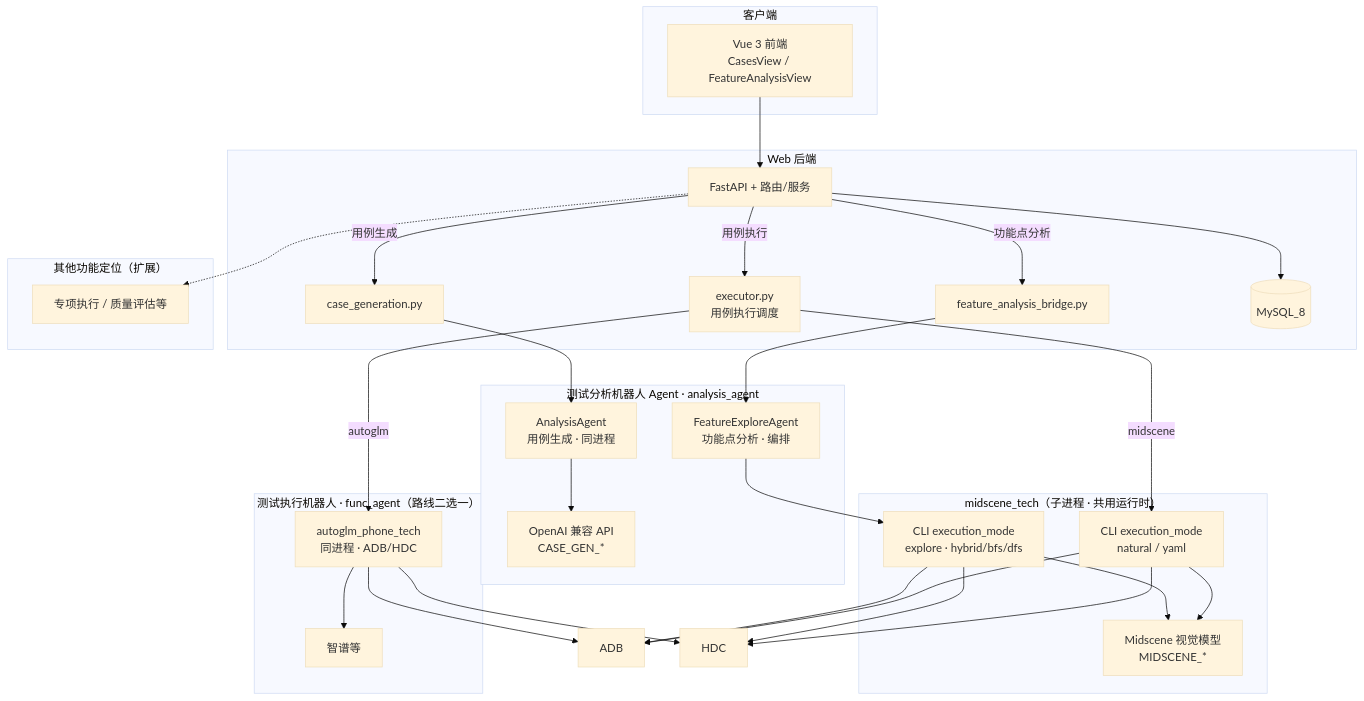
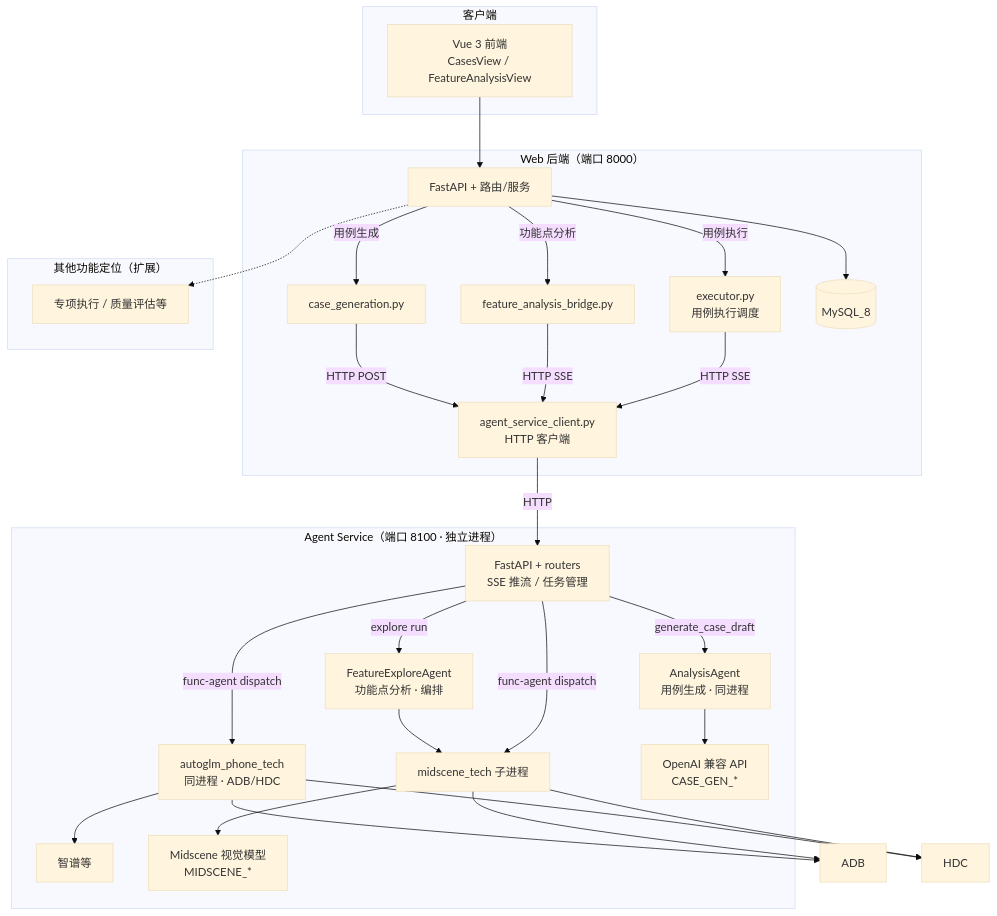
One commit to dyingmanliu/test_robot changed the third of 4 diagrams in ARCHITECTURE.md. Above: the diagram before and after it, drawn with Mermaid (base theme). The commit also changed other lines of this file and 2 other files, not shown here.

First line of the commit message:
feat: 提取 agent_service 为独立 FastAPI 服务并更新架构文档

````diff
--- a/ARCHITECTURE.md
+++ b/ARCHITECTURE.md
@@ -284,52 +293,47 @@
 ```mermaid
 flowchart TB
   subgraph client["客户端"]
     Vue["Vue 3 前端\nCasesView / FeatureAnalysisView"]
   end
 
-  subgraph server["Web 后端"]
+  subgraph server["Web 后端（端口 8000）"]
     FastAPI["FastAPI + 路由/服务"]
+    Client["agent_service_client.py\nHTTP 客户端"]
     Gen["case_generation.py"]
     FAB["feature_analysis_bridge.py"]
     Exec["executor.py\n用例执行调度"]
     DB[("MySQL_8")]
   end
 
-  subgraph analysis["测试分析机器人 Agent · analysis_agent"]
+  subgraph agent["Agent Service（端口 8100 · 独立进程）"]
+    ASApp["FastAPI + routers\nSSE 推流 / 任务管理"]
     AA["AnalysisAgent\n用例生成 · 同进程"]
     FE["FeatureExploreAgent\n功能点分析 · 编排"]
+    PTA["autoglm_phone_tech\n同进程 · ADB/HDC"]
+    MSProc["midscene_tech 子进程"]
     LLMGen["OpenAI 兼容 API\nCASE_GEN_*"]
-  end
-
-  subgraph midscene["midscene_tech（子进程 · 共用运行时）"]
-    MSRun["CLI execution_mode\nnatural / yaml"]
-    MSExplore["CLI execution_mode\nexplore · hybrid/bfs/dfs"]
+    LLM1["智谱等"]
     LLMVis["Midscene 视觉模型\nMIDSCENE_*"]
-  end
-
-  subgraph execution["测试执行机器人 · func_agent（路线二选一）"]
-    PTA["autoglm_phone_tech\n同进程 · ADB/HDC"]
-    LLM1["智谱等"]
   end
 
   subgraph future["其他功能定位（扩展）"]
     FX["专项执行 / 质量评估等"]
   end
 
   Vue --> FastAPI
   FastAPI --> DB
-  FastAPI -->|"用例生成"| Gen --> AA --> LLMGen
-  FastAPI -->|"功能点分析"| FAB --> FE --> MSExplore
-  FastAPI -->|"用例执行"| Exec
-  Exec -->|"autoglm"| PTA --> LLM1
-  Exec -->|"midscene"| MSRun
-  MSExplore --> LLMVis
-  MSRun --> LLMVis
+  FastAPI -->|"用例生成"| Gen -->|"HTTP POST"| Client
+  FastAPI -->|"功能点分析"| FAB -->|"HTTP SSE"| Client
+  FastAPI -->|"用例执行"| Exec -->|"HTTP SSE"| Client
+  Client -->|"HTTP"| ASApp
+  ASApp -->|"generate_case_draft"| AA --> LLMGen
+  ASApp -->|"explore run"| FE --> MSProc
+  ASApp -->|"func-agent dispatch"| PTA --> LLM1
+  ASApp -->|"func-agent dispatch"| MSProc
+  MSProc --> LLMVis
   PTA --> ADB["ADB"]
   PTA --> HDC["HDC"]
-  MSExplore --> ADB
-  MSExplore --> HDC
-  MSRun --> ADB
-  MSRun --> HDC
+  MSProc --> ADB
+  MSProc --> HDC
   FastAPI -.-> FX
 ```
````
